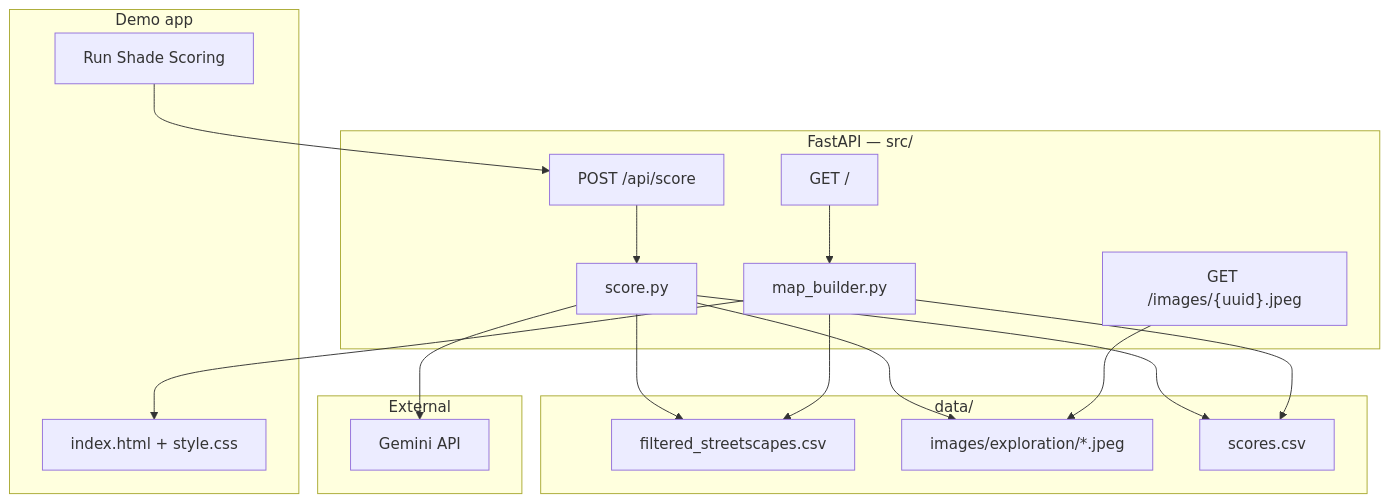
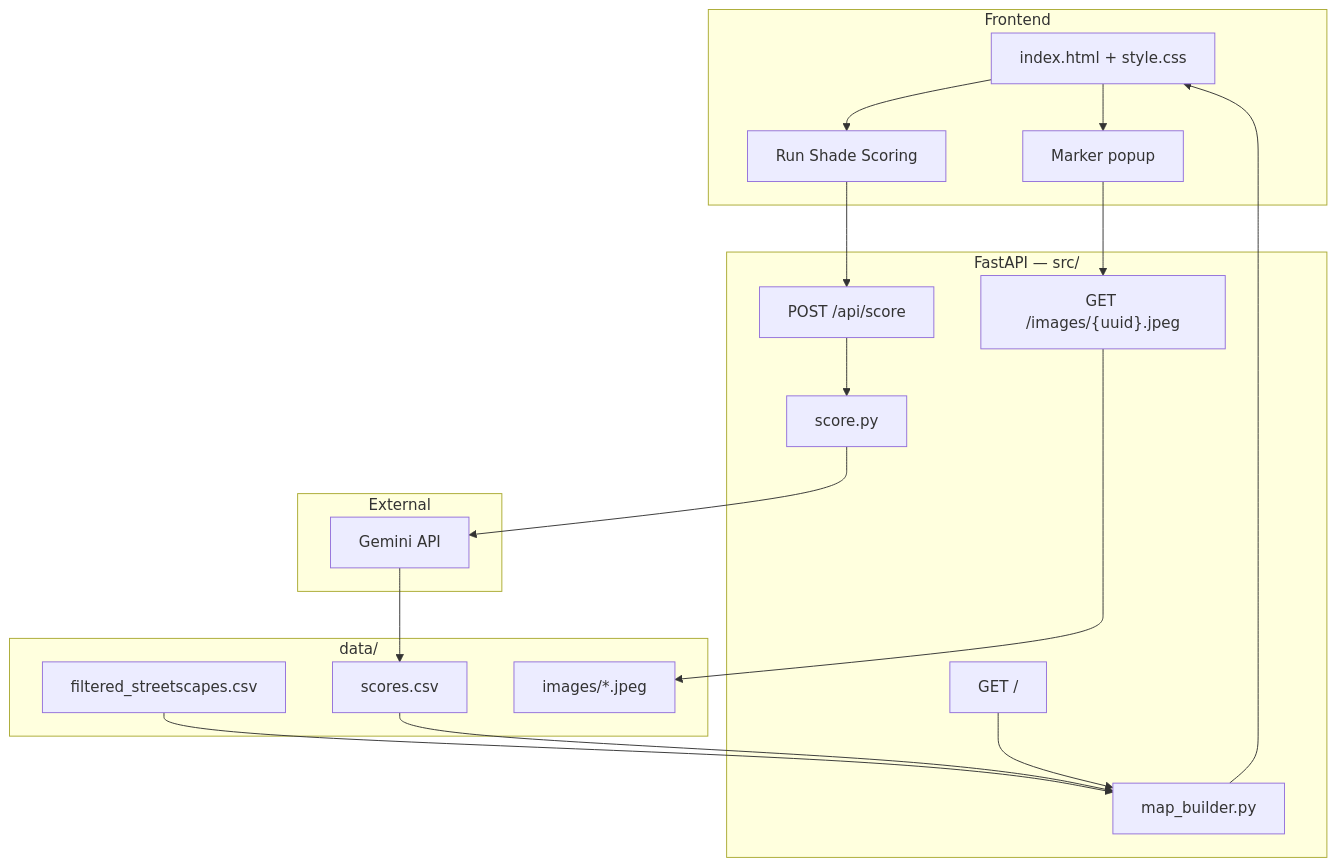
Before and after one commit to claudia-liauw/shadescapes: the diagram in README.md, drawn with Mermaid. The commit also changed other lines of this file, not shown here.

Commit message:
fix(readme); architecture diagram, data story, limitations, deployment

````diff
--- a/README.md
+++ b/README.md
@@ -22,37 +22,40 @@
 ```mermaid
 flowchart TB
-    subgraph demo [Demo app]
+    subgraph frontend [Frontend]
         UI[index.html + style.css]
         BTN[Run Shade Scoring]
+        POPUP[Marker popup]
     end
 
     subgraph backend [FastAPI — src/]
         GET["GET /"]
         POST["POST /api/score"]
         IMG["GET /images/{uuid}.jpeg"]
         MAP[map_builder.py]
         SCORE[score.py]
     end
 
     subgraph data [data/]
         META[filtered_streetscapes.csv]
-        EXP[images/exploration/*.jpeg]
+        IMGS[images/*.jpeg]
         OUT[scores.csv]
     end
 
     subgraph external [External]
         GEMINI[Gemini API]
     end
 
+    UI --> BTN
     BTN --> POST
     POST --> SCORE
-    SCORE --> EXP
-    SCORE --> META
     SCORE --> GEMINI
-    SCORE --> OUT
+    GEMINI --> OUT
+
     GET --> MAP
-    MAP --> META
-    MAP --> OUT
+    META --> MAP
+    OUT --> MAP
     MAP --> UI
-    IMG --> EXP
+    UI --> POPUP
+    POPUP --> IMG
+    IMG --> IMGS
 ```
````
